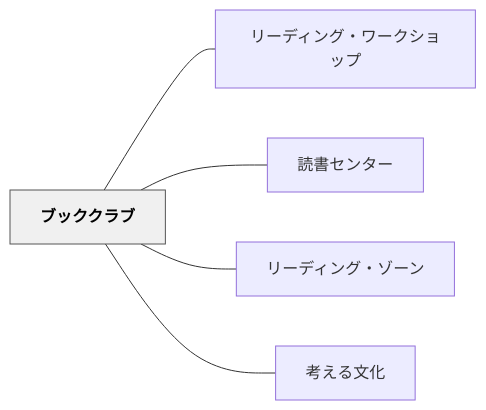
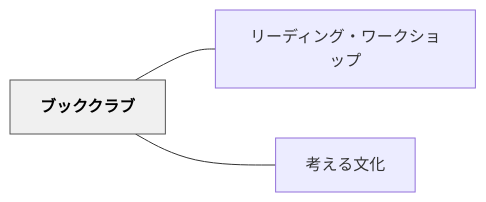
The diagram in content/パタン/ブッククラブ.md (unknownthings-ed-patterns/unknownthings-ed-patterns), drawn with Mermaid before and after one commit. The commit also changed other lines of this file and 24 other files, not shown here.

````diff
--- a/content/パタン/ブッククラブ.md
+++ b/content/パタン/ブッククラブ.md
@@ -171,16 +169,12 @@
 ```mermaid
 flowchart LR
     ne38396e38383e382afe382afe383a9e38396["ブッククラブ"]
     ne383aae383bce38387e382a3e383b3e382b0e383bbe383afe383bce382afe382b7e383a7e38383e38397["リーディング・ワークショップ"]
-    ne8aaade69bb8e382bbe383b3e382bfe383bc["読書センター"]
-    ne383aae383bce38387e382a3e383b3e382b0e383bbe382bee383bce383b3["リーディング・ゾーン"]
     ne88083e38188e3828be69687e58c96["考える文化"]
 
     ne38396e38383e382afe382afe383a9e38396 --- ne383aae383bce38387e382a3e383b3e382b0e383bbe383afe383bce382afe382b7e383a7e38383e38397
-    ne38396e38383e382afe382afe383a9e38396 --- ne8aaade69bb8e382bbe383b3e382bfe383bc
-    ne38396e38383e382afe382afe383a9e38396 --- ne383aae383bce38387e382a3e383b3e382b0e383bbe382bee383bce383b3
     ne38396e38383e382afe382afe383a9e38396 --- ne88083e38188e3828be69687e58c96
 
     classDef hub fill:#f0f0f0,stroke:#555,color:#000,font-weight:bold
     class ne38396e38383e382afe382afe383a9e38396 hub
 ```
````
